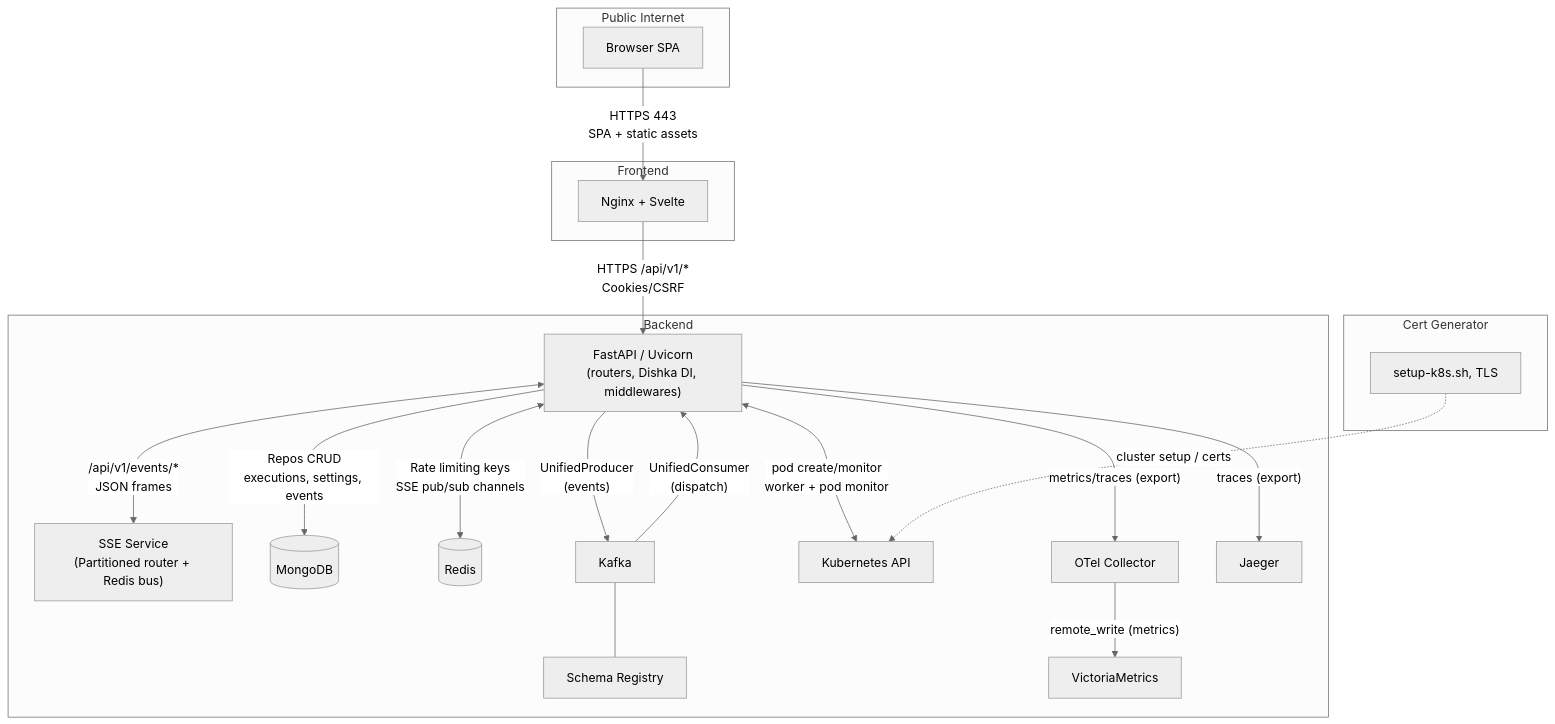
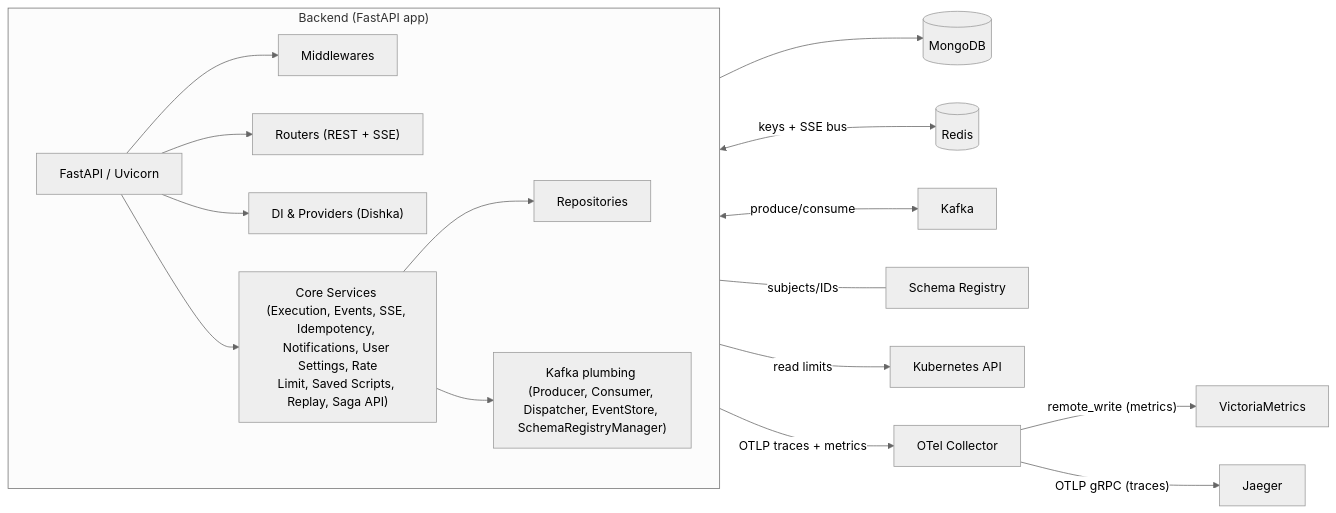
The first of 6 diagrams in files_for_readme/ARCHITECTURE_IN_DETAILS.md (HardMax71/Integr8sCode), drawn with Mermaid before and after one commit. The commit also changed other lines of this file and 3 other files, not shown here.

Commit message:
bumped readme + updated schemas

````diff
--- a/files_for_readme/ARCHITECTURE_IN_DETAILS.md
+++ b/files_for_readme/ARCHITECTURE_IN_DETAILS.md
@@ -8,42 +23,45 @@
 ```mermaid
-%%{init: {'theme': 'neutral'}}%%
-graph TD
-    subgraph "Public Internet"
-        Browser["Browser SPA"]
-    end
+  %%{init: {'theme': 'neutral'}}%%
+  graph LR
+      subgraph "Backend (FastAPI app)"
+          direction LR
+          App["FastAPI / Uvicorn"]
+          Middlewares["Middlewares"]
+          Routers["Routers (REST + SSE)"]
+          DI["DI & Providers (Dishka)"]
+          Services["Core Services (Execution, Events, SSE, Idempotency, Notifications, User Settings, Rate
+  Limit, Saved Scripts, Replay, Saga API)"]
+          Events["Kafka plumbing (Producer, Consumer, Dispatcher, EventStore, SchemaRegistryManager)"]
+          Repos["Repositories"]
+      end
 
-    subgraph "Frontend"
-        Frontend_service["Nginx + Svelte"]
-    end
+          Mongo[(MongoDB)]
+          Redis[(Redis)]
+          Kafka[Kafka]
+          Schema["Schema Registry"]
+          K8s["Kubernetes API"]
+          OTel["OTel Collector"]
+          VM["VictoriaMetrics"]
+          Jaeger["Jaeger"]
 
-    subgraph "Backend"
-        FastAPI["FastAPI / Uvicorn<br/>(routers, Dishka DI, middlewares)"]
-        SSE["SSE Service<br/>(Partitioned router + Redis bus)"]
-        Mongo[(MongoDB)]
-        Redis[(Redis)]
-        Kafka[Kafka]
-        Schema["Schema Registry"]
-        K8s[Kubernetes API]
-        OTel["OTel Collector"]
-        VM["VictoriaMetrics"]
-        Jaeger["Jaeger"]
-    end
 
-    subgraph "Cert Generator"
-        CertGen["setup-k8s.sh, TLS"]
-    end
+      %% App internals
+      App --> Middlewares
+      App --> Routers
+      App --> DI
+      App --> Services
+      Services --> Repos
+      Services --> Events
 
-    Browser -- "HTTPS 443<br/>SPA + static assets" --> Frontend_service
-    Frontend_service -- "HTTPS /api/v1/*<br/>Cookies/CSRF" --> FastAPI
-    FastAPI -- "/api/v1/events/*<br/>JSON frames" <--> SSE
-    FastAPI -- "Repos CRUD<br/>executions, settings, events" --> Mongo
-    FastAPI -- "Rate limiting keys<br/>SSE pub/sub channels" <--> Redis
-    FastAPI -- "UnifiedProducer<br/>(events)" --> Kafka
-    Kafka -- "UnifiedConsumer<br/>(dispatch)" --> FastAPI
-    Kafka --- Schema
-    FastAPI -- "pod create/monitor<br/>worker + pod monitor" <--> K8s
-    FastAPI -- "metrics/traces (export)" --> OTel
-    OTel -- "remote_write (metrics)" --> VM
-    FastAPI -- "traces (export)" --> Jaeger
-    CertGen -. "cluster setup / certs" .-> K8s
+      %% Infra edges (high level only)
+      Repos --> Mongo
+      Services <-->|"keys + SSE bus"| Redis
+      Events <-->|"produce/consume"| Kafka
+      Events ---|"subjects/IDs"| Schema
+      Services -->|"read limits"| K8s
+
+      %% Telemetry edges
+      App -->|"OTLP traces + metrics"| OTel
+      OTel -->|"remote_write (metrics)"| VM
+      OTel -->|"OTLP gRPC (traces)"| Jaeger
 ```
````
